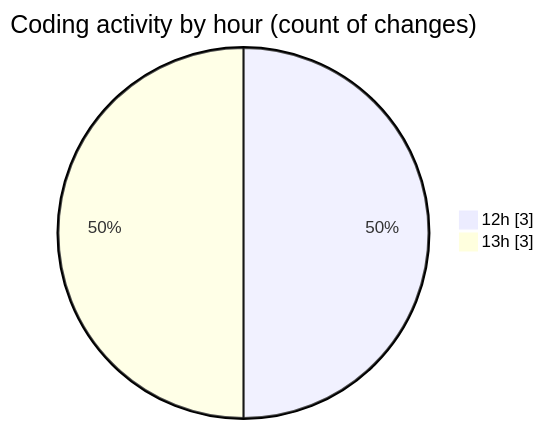
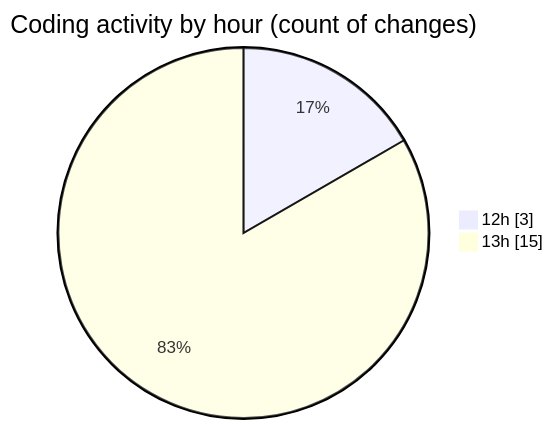
Before and after one commit to momahboobian/code-tracking: the second of 2 diagrams in 2026-02-26/car_database/README.md, drawn with Mermaid. The commit also changed other lines of this file and 1 other file, not shown here.

````diff
--- a/2026-02-26/car_database/README.md
+++ b/2026-02-26/car_database/README.md
@@ -36,6 +38,6 @@
 ```mermaid
 pie showData
 title Coding activity by hour (count of changes)
 "12h" : 3
-"13h" : 3
+"13h" : 15
 ```
````
